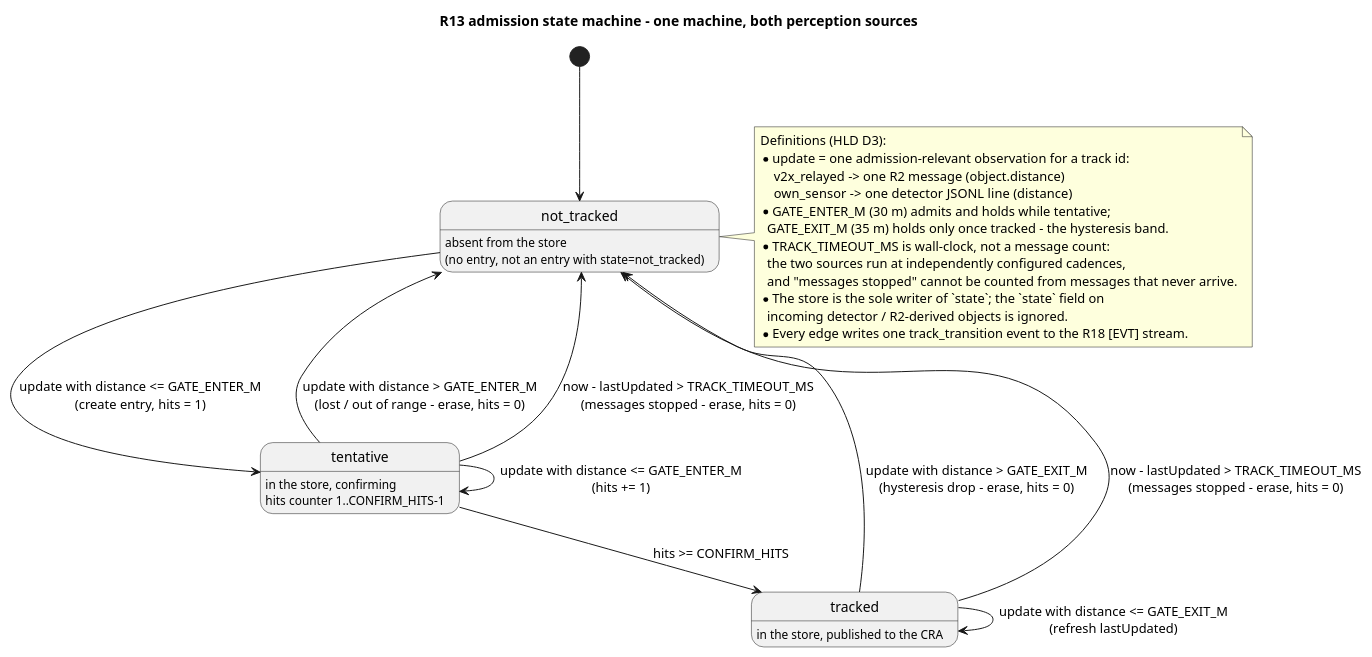
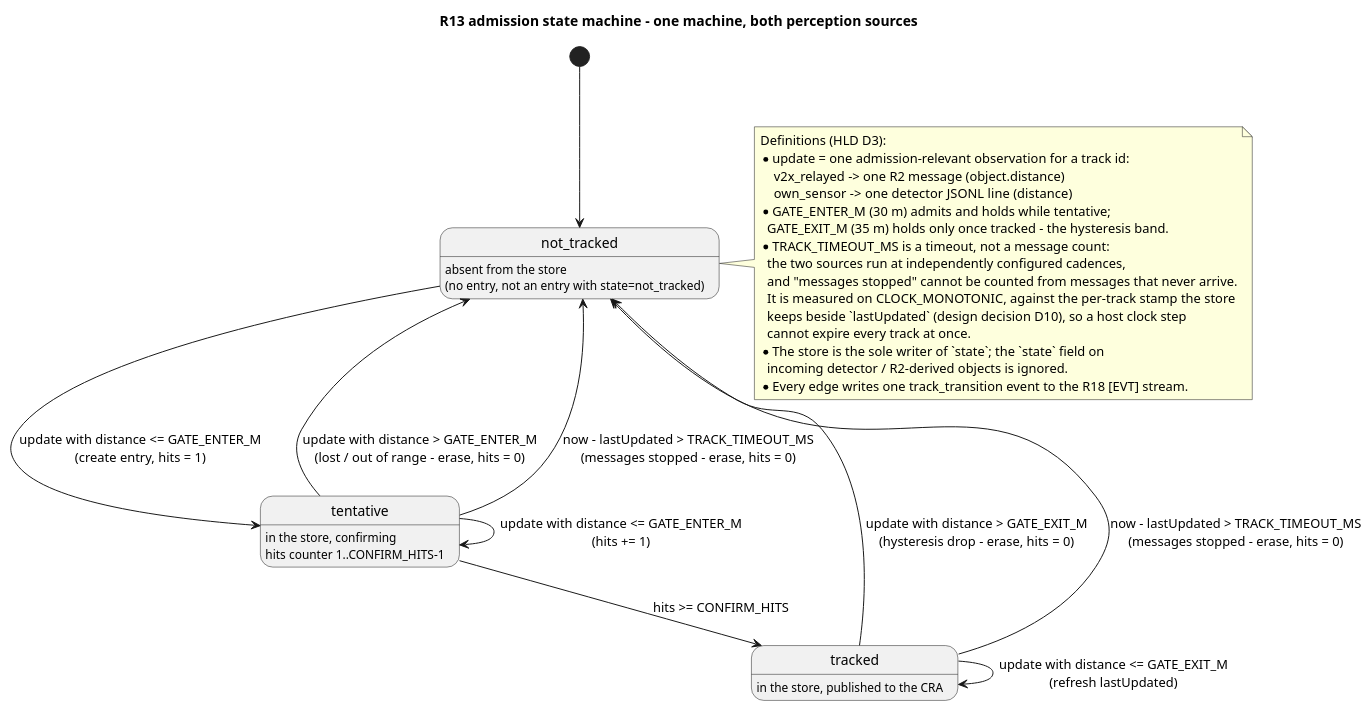
The diagram in ADA_ECU/doc/phase2-4-ada-ecu-admission.puml (mnpham2101/FPT-Hackathon2026), drawn with PlantUML before and after one commit. The commit also changed 15 other files, not shown here.

```diff
--- a/ADA_ECU/doc/phase2-4-ada-ecu-admission.puml
+++ b/ADA_ECU/doc/phase2-4-ada-ecu-admission.puml
@@ -1,39 +1,43 @@
 @startuml phase2-4-ada-ecu-admission
 ' R13 track admission state machine - PlantUML form of
 ' requirements/vehicleC_track_admission_state_machine.png, made unambiguous for implementation.
-' One machine, both sources (own_sensor and v2x_relayed); see phase2-4-ada-ecu-hld.md D3.
+' One machine, both sources (own_sensor and v2x_relayed); see ada-ecu-design-decisions.md D3,
+' cited from ada-ecu-hld.md section 6.
 
 title R13 admission state machine - one machine, both perception sources
 
 state "not_tracked" as NT : absent from the store\n(no entry, not an entry with state=not_tracked)
 state "tentative" as TE : in the store, confirming\nhits counter 1..CONFIRM_HITS-1
 state "tracked" as TR : in the store, published to the CRA
 
 [*] --> NT
 
 NT --> TE : update with distance <= GATE_ENTER_M\n(create entry, hits = 1)
 TE --> TE : update with distance <= GATE_ENTER_M\n(hits += 1)
 TE --> TR : hits >= CONFIRM_HITS
 TR --> TR : update with distance <= GATE_EXIT_M\n(refresh lastUpdated)
 
 TE --> NT : update with distance > GATE_ENTER_M\n(lost / out of range - erase, hits = 0)
 TE --> NT : now - lastUpdated > TRACK_TIMEOUT_MS\n(messages stopped - erase, hits = 0)
 TR --> NT : update with distance > GATE_EXIT_M\n(hysteresis drop - erase, hits = 0)
 TR --> NT : now - lastUpdated > TRACK_TIMEOUT_MS\n(messages stopped - erase, hits = 0)
 
 note right of NT
   Definitions (HLD D3):
   * update = one admission-relevant observation for a track id:
       v2x_relayed -> one R2 message (object.distance)
       own_sensor  -> one detector JSONL line (distance)
   * GATE_ENTER_M (30 m) admits and holds while tentative;
     GATE_EXIT_M (35 m) holds only once tracked - the hysteresis band.
-  * TRACK_TIMEOUT_MS is wall-clock, not a message count:
+  * TRACK_TIMEOUT_MS is a timeout, not a message count:
     the two sources run at independently configured cadences,
     and "messages stopped" cannot be counted from messages that never arrive.
+    It is measured on CLOCK_MONOTONIC, against the per-track stamp the store
+    keeps beside `lastUpdated` (design decision D10), so a host clock step
+    cannot expire every track at once.
   * The store is the sole writer of `state`; the `state` field on
     incoming detector / R2-derived objects is ignored.
   * Every edge writes one track_transition event to the R18 [EVT] stream.
 end note
 
 @enduml
```
